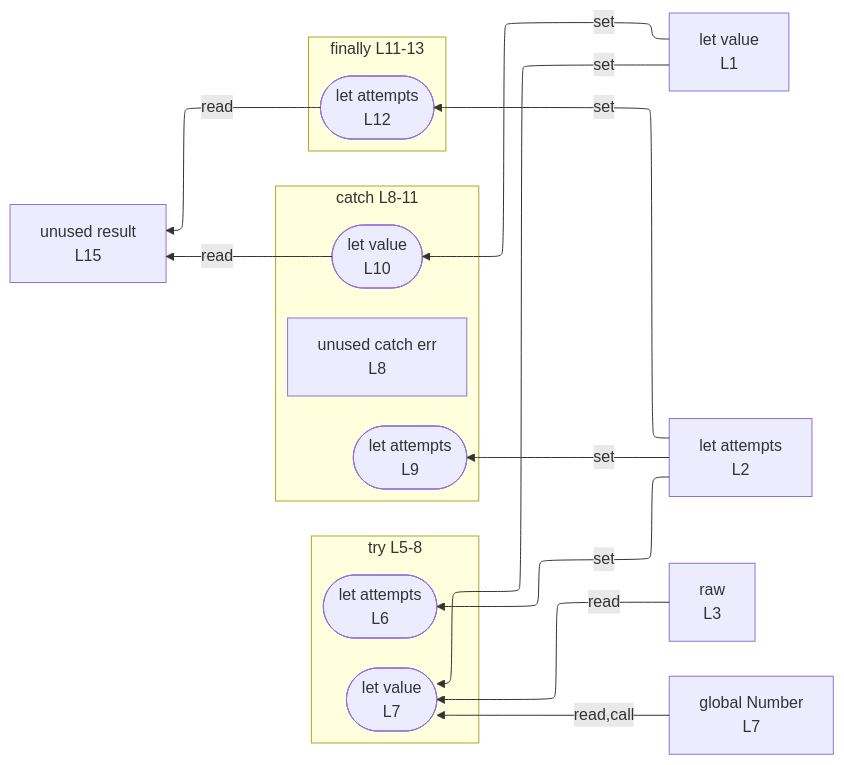
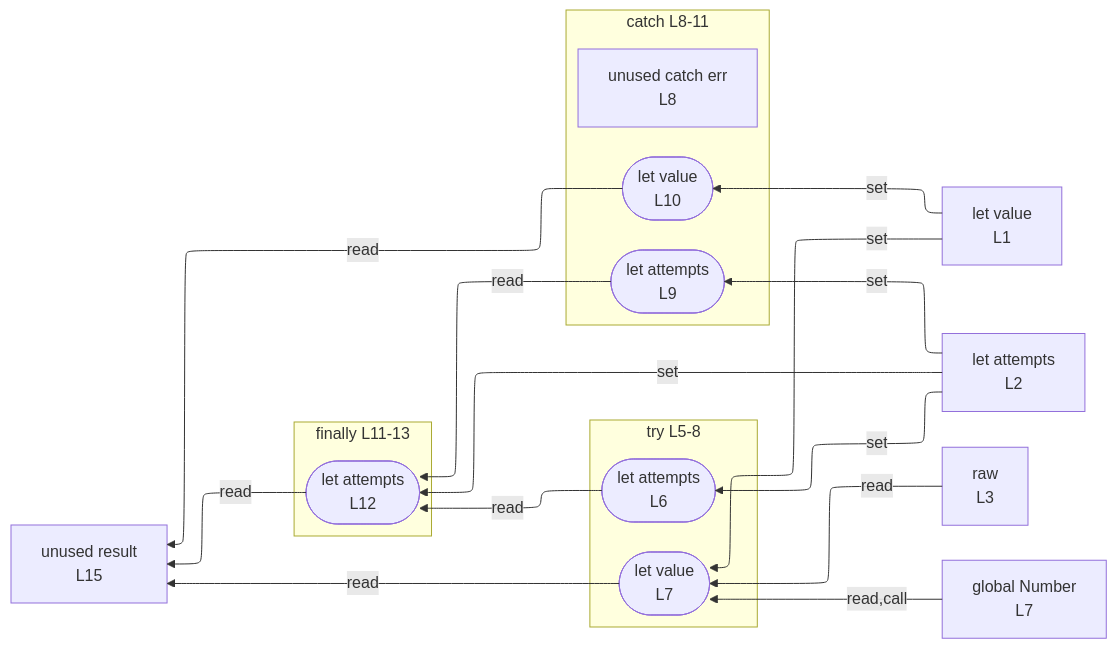
One commit to crescware/unsnarl changed the diagram in integration/fixtures/control-try/preview.md. Above: the diagram before and after it, drawn with Mermaid. The commit also changed 11 other files, not shown here.

````diff
--- a/integration/fixtures/control-try/preview.md
+++ b/integration/fixtures/control-try/preview.md
@@ -25,33 +25,36 @@
 ```mermaid
 %%{init: {"flowchart": {"defaultRenderer": "elk"}}}%%
 flowchart RL
   n_scope_0_value_4["let value<br/>L1"]
   n_scope_0_attempts_19["let attempts<br/>L2"]
   n_scope_0_raw_39["raw<br/>L3"]
   n_scope_0_result_182["unused result<br/>L15"]
   n_scope_0_Number_84["global Number<br/>L7"]
   subgraph s_scope_1["try L5-8"]
     direction RL
     wr_ref_1(["let value<br/>L7"])
     wr_ref_0(["let attempts<br/>L6"])
   end
   subgraph s_scope_2["catch L8-11"]
     direction RL
     n_scope_2_err_106["unused catch err<br/>L8"]
     wr_ref_5(["let value<br/>L10"])
     wr_ref_4(["let attempts<br/>L9"])
   end
   subgraph s_scope_3["finally L11-13"]
     direction RL
     wr_ref_6(["let attempts<br/>L12"])
   end
   n_scope_0_value_4 -->|set| wr_ref_1
   n_scope_0_value_4 -->|set| wr_ref_5
   n_scope_0_attempts_19 -->|set| wr_ref_0
   n_scope_0_attempts_19 -->|set| wr_ref_4
   n_scope_0_attempts_19 -->|set| wr_ref_6
   n_scope_0_Number_84 -->|read,call| wr_ref_1
   n_scope_0_raw_39 -->|read| wr_ref_1
+  wr_ref_0 -->|read| wr_ref_6
+  wr_ref_4 -->|read| wr_ref_6
+  wr_ref_1 -->|read| n_scope_0_result_182
   wr_ref_5 -->|read| n_scope_0_result_182
   wr_ref_6 -->|read| n_scope_0_result_182
 ```
````
